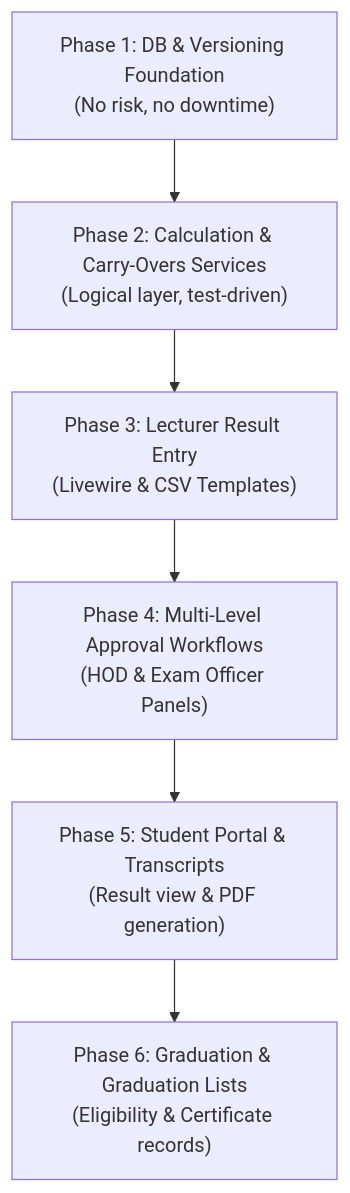
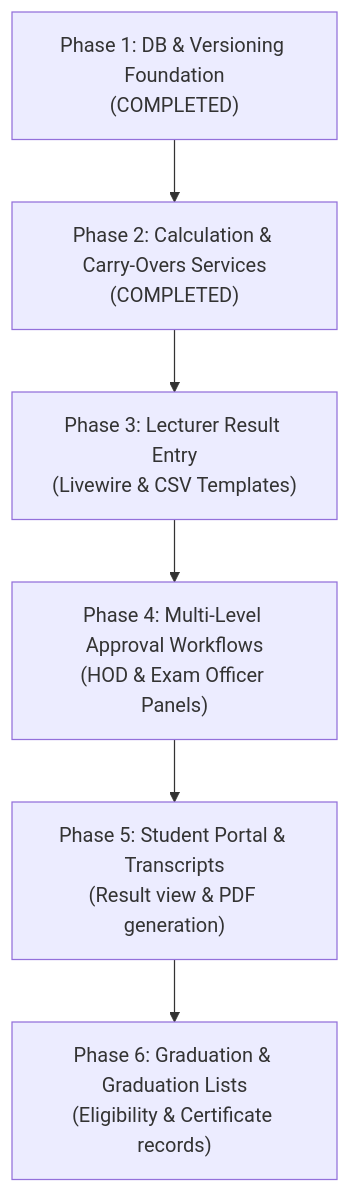
Before and after one commit to bashyauri/admission: the diagram in result_processing_agent_phases.md, drawn with Mermaid. The commit also changed other lines of this file and 30 other files, not shown here.

First line of the commit message:
feat: implement Phase 2 - Core Calculations, Academic Progression & Carry-Over Services

````diff
--- a/result_processing_agent_phases.md
+++ b/result_processing_agent_phases.md
@@ -21,8 +21,8 @@
 ```mermaid
 graph TD
-    P1["Phase 1: DB & Versioning Foundation<br/>(No risk, no downtime)"] --> P2["Phase 2: Calculation & Carry-Overs Services<br/>(Logical layer, test-driven)"]
+    P1["Phase 1: DB & Versioning Foundation<br/>(COMPLETED)"] --> P2["Phase 2: Calculation & Carry-Overs Services<br/>(COMPLETED)"]
     P2 --> P3["Phase 3: Lecturer Result Entry<br/>(Livewire & CSV Templates)"]
     P3 --> P4["Phase 4: Multi-Level Approval Workflows<br/>(HOD & Exam Officer Panels)"]
     P4 --> P5["Phase 5: Student Portal & Transcripts<br/>(Result view & PDF generation)"]
     P5 --> P6["Phase 6: Graduation & Graduation Lists<br/>(Eligibility & Certificate records)"]
 ```
````
